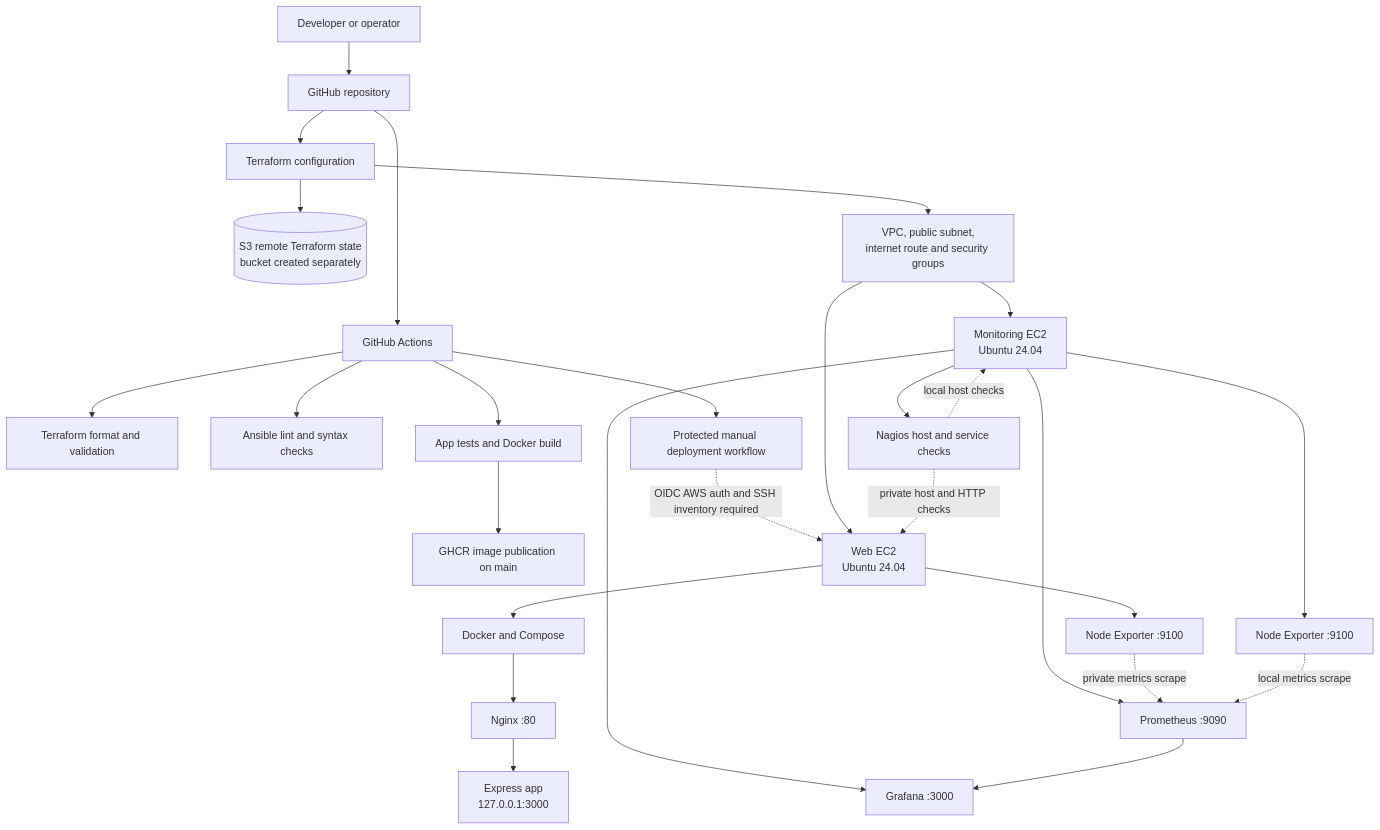
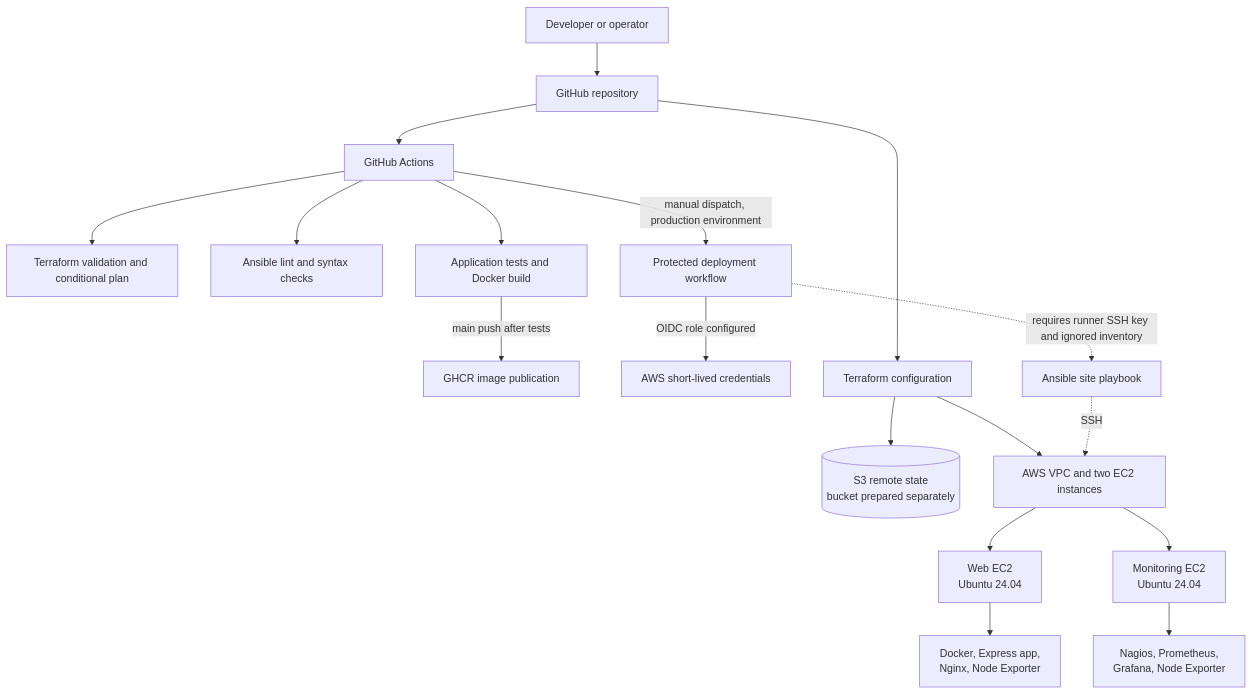
One commit to uday2327/Automated-Linux-Server-Provisioning-Configuration-Management-and-Health-Monitoring changed the first of 7 diagrams in README.md. Above: the diagram before and after it, drawn with Mermaid. The commit also changed other lines of this file, not shown here.

````diff
--- a/README.md
+++ b/README.md
@@ -83,32 +54,21 @@
 ```mermaid
 flowchart TB
-    Dev[Developer or operator] --> Repo[GitHub repository]
-    Repo --> Actions[GitHub Actions]
-    Actions --> TCI[Terraform format and validation]
-    Actions --> ACI[Ansible lint and syntax checks]
-    Actions --> Test[App tests and Docker build]
-    Test --> GHCR[GHCR image publication on main]
-    Actions --> Deploy[Protected manual deployment workflow]
-    Deploy -. OIDC AWS auth and SSH inventory required .-> Web
+    Developer[Developer or operator] --> Repository[GitHub repository]
+    Repository --> Actions[GitHub Actions]
+    Actions --> Validation[Terraform validation and conditional plan]
+    Actions --> AnsibleChecks[Ansible lint and syntax checks]
+    Actions --> AppCI[Application tests and Docker build]
+    AppCI -->|main push after tests| GHCR[GHCR image publication]
+    Actions -->|manual dispatch, production environment| Deploy[Protected deployment workflow]
+    Deploy -->|OIDC role configured| AWSAuth[AWS short-lived credentials]
+    Deploy -. requires runner SSH key and ignored inventory .-> AnsibleRun[Ansible site playbook]
 
-    Repo --> TF[Terraform configuration]
-    TF --> S3[(S3 remote Terraform state<br/>bucket created separately)]
-    TF --> VPC[VPC, public subnet,<br/>internet route and security groups]
-    VPC --> Web[Web EC2<br/>Ubuntu 24.04]
-    VPC --> Mon[Monitoring EC2<br/>Ubuntu 24.04]
-
-    Web --> Docker[Docker and Compose]
-    Docker --> Nginx[Nginx :80]
-    Nginx --> App[Express app<br/>127.0.0.1:3000]
-    Web --> WE[Node Exporter :9100]
-
-    Mon --> Nagios[Nagios host and service checks]
-    Mon --> Prom[Prometheus :9090]
-    Mon --> Grafana[Grafana :3000]
-    Mon --> ME[Node Exporter :9100]
-    WE -. private metrics scrape .-> Prom
-    ME -. local metrics scrape .-> Prom
-    Prom --> Grafana
-    Nagios -. private host and HTTP checks .-> Web
-    Nagios -. local host checks .-> Mon
+    Repository --> Terraform[Terraform configuration]
+    Terraform --> State[(S3 remote state<br/>bucket prepared separately)]
+    Terraform --> AWS[AWS VPC and two EC2 instances]
+    AnsibleRun -. SSH .-> AWS
+    AWS --> Web[Web EC2<br/>Ubuntu 24.04]
+    AWS --> Monitor[Monitoring EC2<br/>Ubuntu 24.04]
+    Web --> WebServices[Docker, Express app,<br/>Nginx, Node Exporter]
+    Monitor --> MonitorServices[Nagios, Prometheus,<br/>Grafana, Node Exporter]
 ```
````
